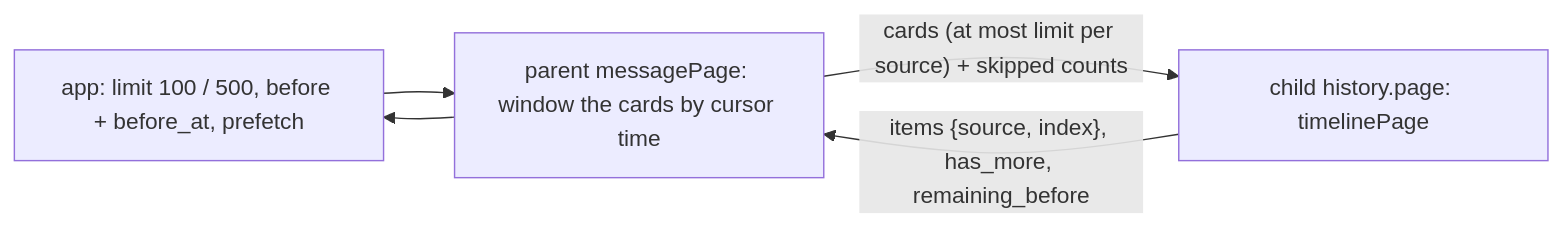
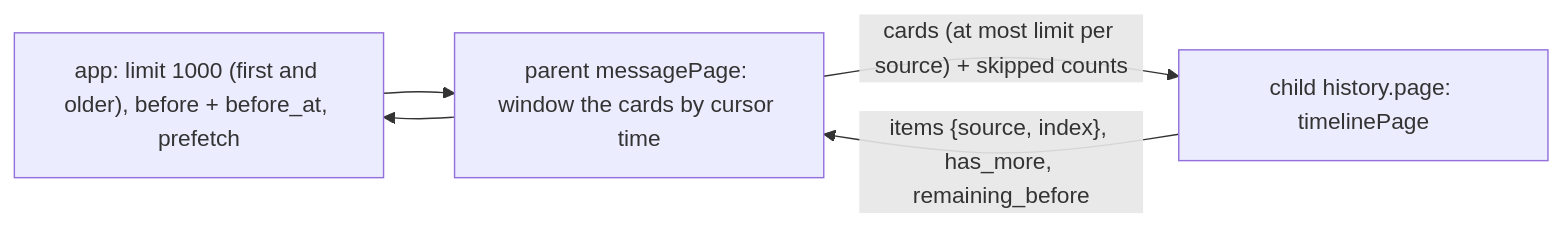
One commit to kitepon/BellTeam changed the ninth of 11 diagrams in docs/architecture/modules/conversation/machine-stream.md. Above: the diagram before and after it, drawn with Mermaid. The commit also changed other lines of this file, not shown here.

Commit message:
a471-page-1000: contract: first page and older pages are limit=1000 (Owner 13:4x JST)

````diff
--- a/docs/architecture/modules/conversation/machine-stream.md
+++ b/docs/architecture/modules/conversation/machine-stream.md
@@ -315,7 +315,7 @@
 ```mermaid
 flowchart LR
-  App["app: limit 100 / 500, before + before_at, prefetch"] --> Parent["parent messagePage: window the cards by cursor time"]
+  App["app: limit 1000 (first and older), before + before_at, prefetch"] --> Parent["parent messagePage: window the cards by cursor time"]
   Parent -->|"cards (at most limit per source) + skipped counts"| Child["child history.page: timelinePage"]
   Child -->|"items {source, index}, has_more, remaining_before"| Parent
   Parent --> App
 ```
````
